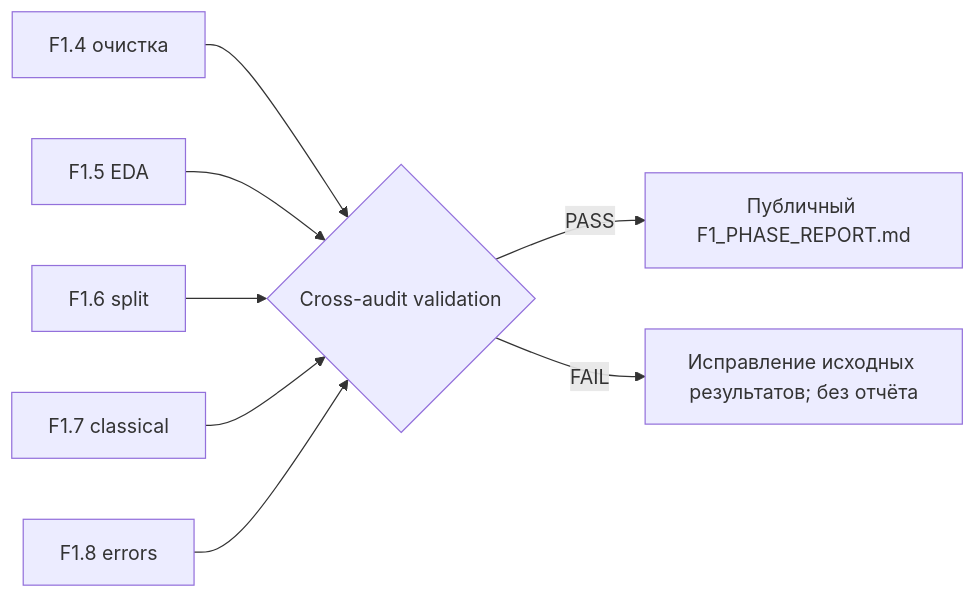
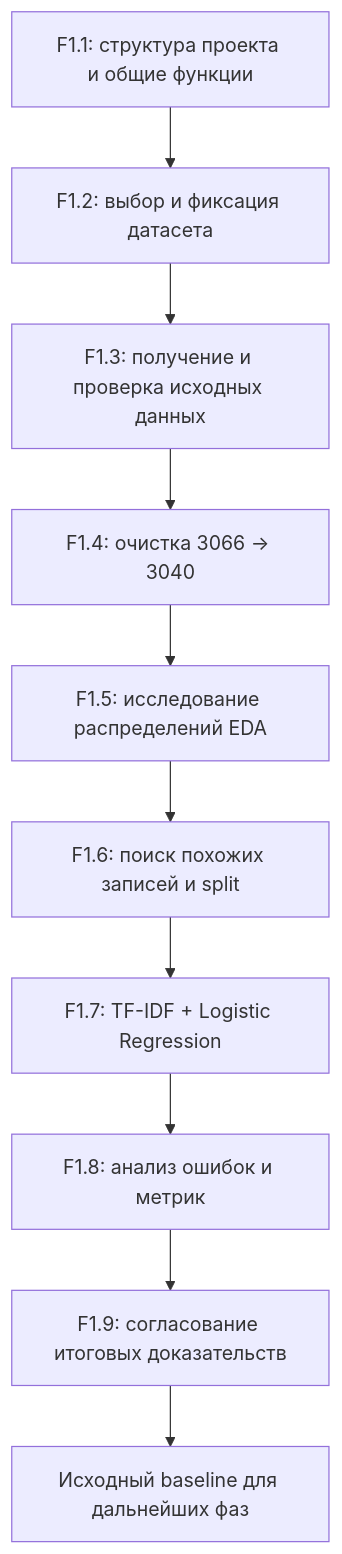
Before and after one commit to trasher88/ml-engineering-lab: the first of 2 diagrams in docs/steps/F1_09_report.md, drawn with Mermaid. The commit also changed other lines of this file and 8 other files, not shown here.

````diff
--- a/docs/steps/F1_09_report.md
+++ b/docs/steps/F1_09_report.md
@@ -30,10 +270,12 @@
 ```mermaid
-flowchart LR
-  A["F1.4 очистка"] --> V{"Cross-audit validation"}
-  B["F1.5 EDA"] --> V
-  C["F1.6 split"] --> V
-  D["F1.7 classical"] --> V
-  E["F1.8 errors"] --> V
-  V -->|"PASS"| R["Публичный F1_PHASE_REPORT.md"]
-  V -->|"FAIL"| X["Исправление исходных результатов; без отчёта"]
+flowchart TD
+    A["F1.1: структура проекта и общие функции"] --> B["F1.2: выбор и фиксация датасета"]
+    B --> C["F1.3: получение и проверка исходных данных"]
+    C --> D["F1.4: очистка 3066 → 3040"]
+    D --> E["F1.5: исследование распределений EDA"]
+    E --> F["F1.6: поиск похожих записей и split"]
+    F --> G["F1.7: TF-IDF + Logistic Regression"]
+    G --> H["F1.8: анализ ошибок и метрик"]
+    H --> I["F1.9: согласование итоговых доказательств"]
+    I --> J["Исходный baseline для дальнейших фаз"]
 ```
````
